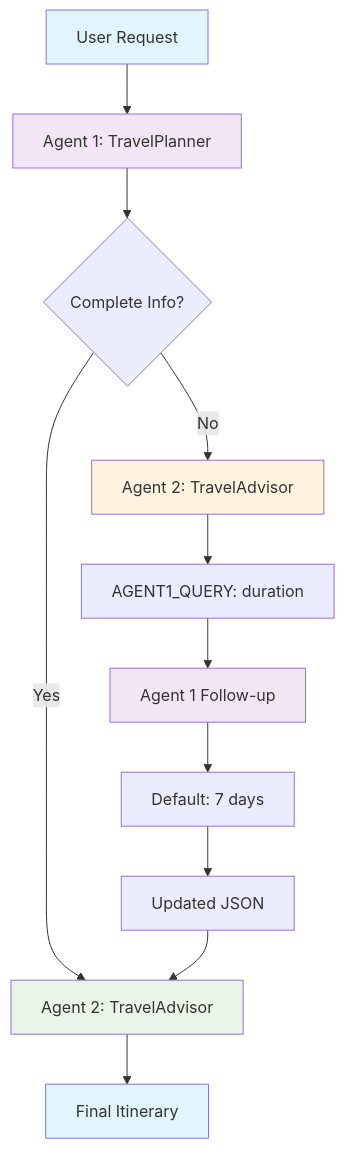
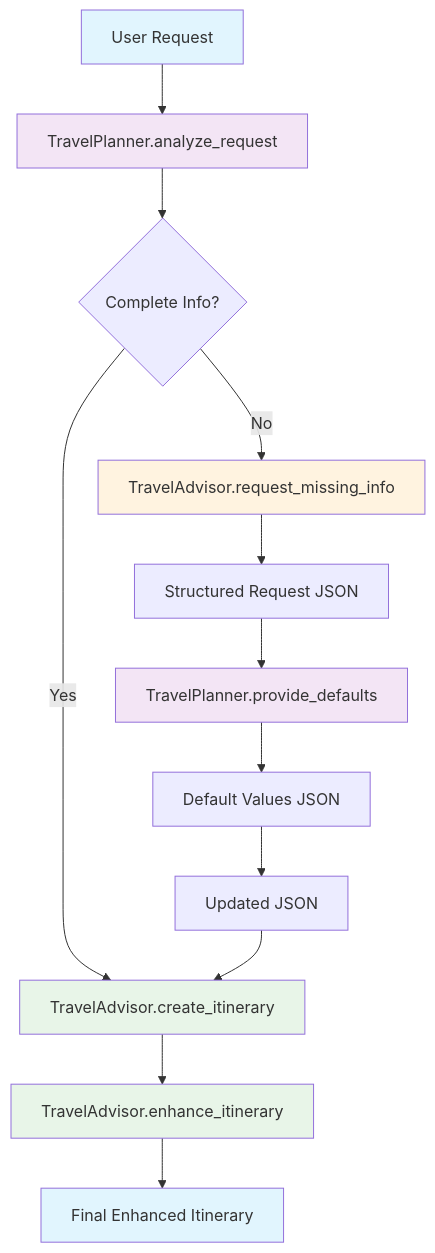
One commit to iamask/multi-agent-travel-planner changed the first of 2 diagrams in README.md. Above: the diagram before and after it, drawn with Mermaid. The commit also changed other lines of this file and 3 other files, not shown here.

````diff
--- a/README.md
+++ b/README.md
@@ -19,20 +53,22 @@
 ```mermaid
 graph TD
-    A[User Request] --> B[Agent 1: TravelPlanner]
+    A[User Request] --> B[TravelPlanner.analyze_request]
     B --> C{Complete Info?}
-    C -->|Yes| D[Agent 2: TravelAdvisor]
-    C -->|No| E[Agent 2: TravelAdvisor]
-    E --> F[AGENT1_QUERY: duration]
-    F --> G[Agent 1 Follow-up]
-    G --> H[Default: 7 days]
+    C -->|Yes| D[TravelAdvisor.create_itinerary]
+    C -->|No| E[TravelAdvisor.request_missing_info]
+    E --> F[Structured Request JSON]
+    F --> G[TravelPlanner.provide_defaults]
+    G --> H[Default Values JSON]
     H --> I[Updated JSON]
     I --> D
-    D --> J[Final Itinerary]
+    D --> J[TravelAdvisor.enhance_itinerary]
+    J --> K[Final Enhanced Itinerary]
 
     style A fill:#e1f5fe
     style B fill:#f3e5f5
     style E fill:#fff3e0
     style G fill:#f3e5f5
     style D fill:#e8f5e8
-    style J fill:#e1f5fe
+    style J fill:#e8f5e8
+    style K fill:#e1f5fe
 ```
````
